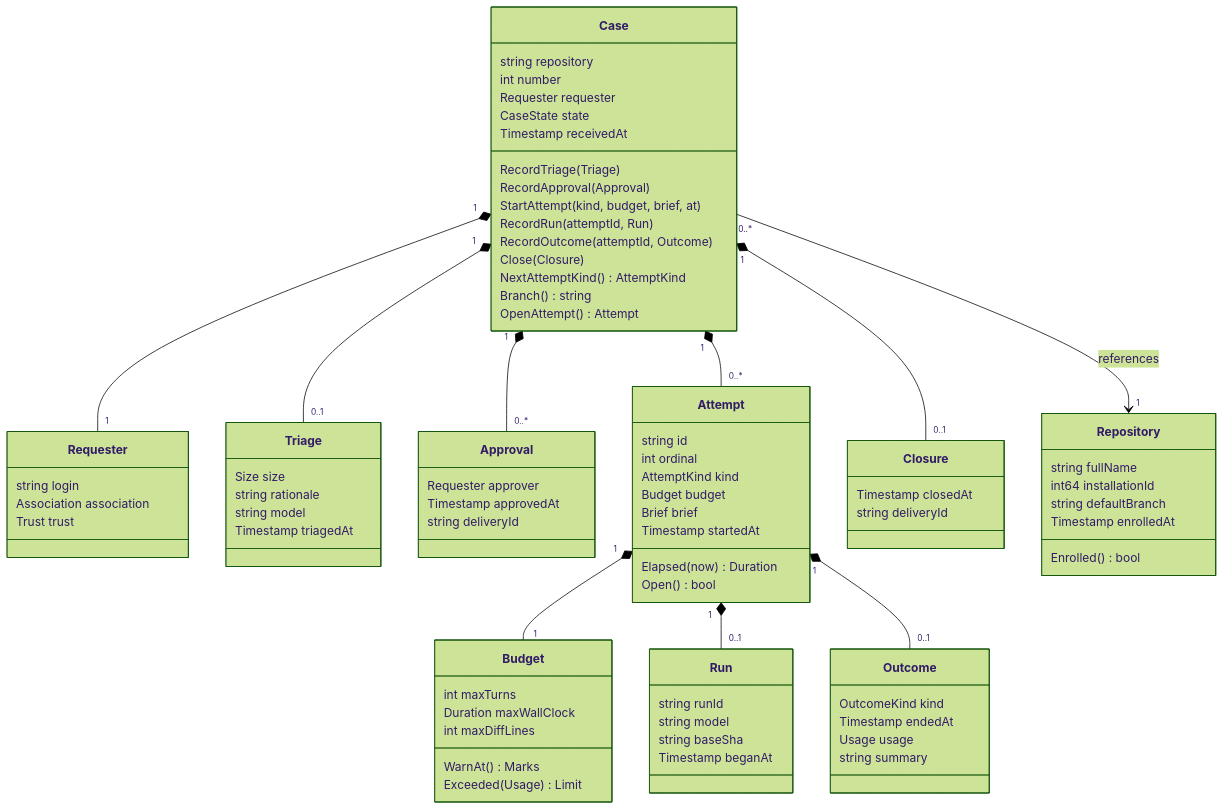
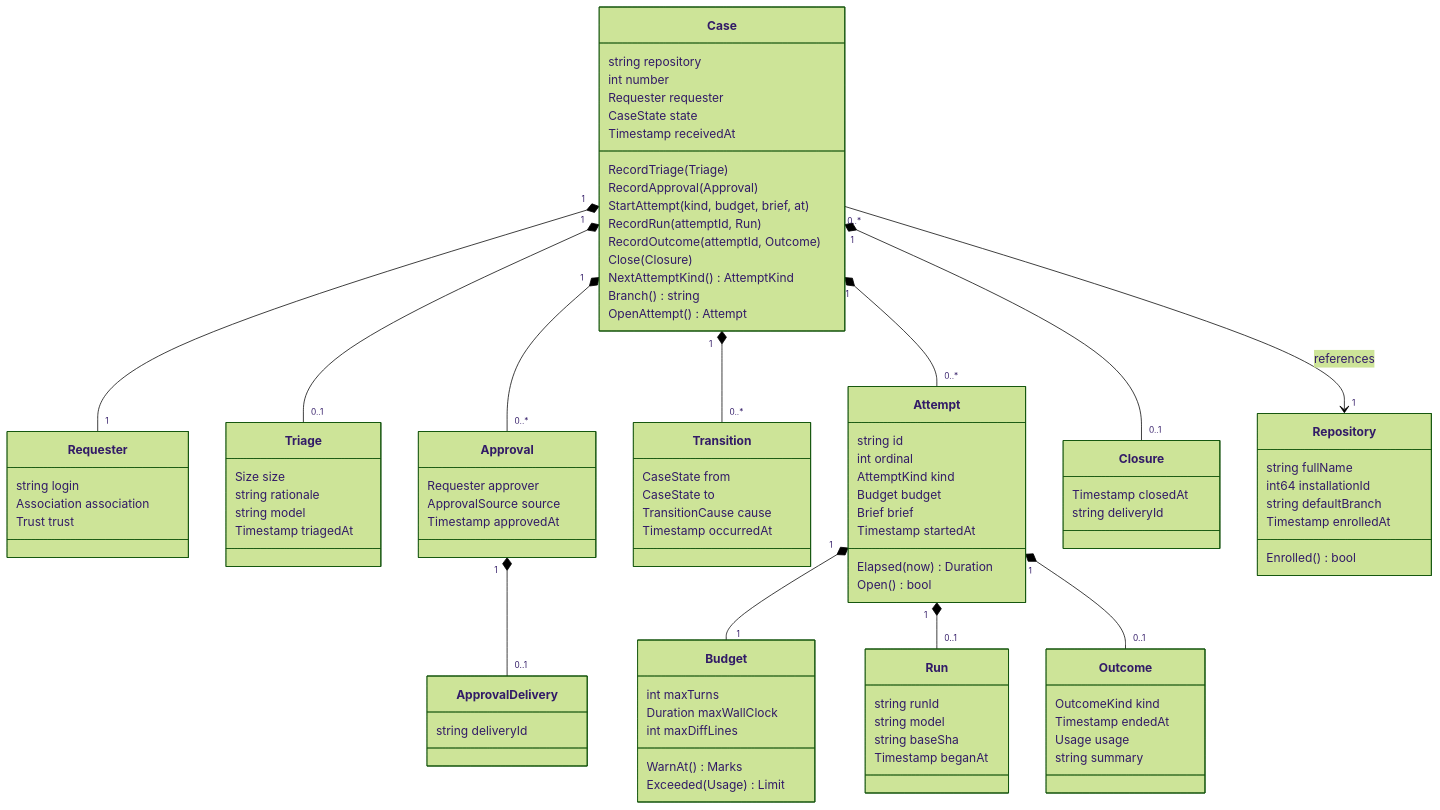
Before and after one commit to guygrigsby/autophage: the fourth of 4 diagrams in docs/specs/2026-09-04-autophage-domain-model.md, drawn with Mermaid (forest theme). The commit also changed other lines of this file and 2 other files, not shown here.

```diff
--- a/docs/specs/2026-09-04-autophage-domain-model.md
+++ b/docs/specs/2026-09-04-autophage-domain-model.md
@@ -418,8 +467,17 @@
     }
     class Approval {
         Requester approver
+        ApprovalSource source
         Timestamp approvedAt
+    }
+    class ApprovalDelivery {
         string deliveryId
+    }
+    class Transition {
+        CaseState from
+        CaseState to
+        TransitionCause cause
+        Timestamp occurredAt
     }
     class Attempt {
         string id
@@ -465,7 +523,9 @@
     Case "1" *-- "0..1" Triage
     Case "1" *-- "0..*" Approval
     Case "1" *-- "0..*" Attempt
+    Case "1" *-- "0..*" Transition
     Case "1" *-- "0..1" Closure
+    Approval "1" *-- "0..1" ApprovalDelivery
     Attempt "1" *-- "1" Budget
     Attempt "1" *-- "0..1" Run
     Attempt "1" *-- "0..1" Outcome
```
